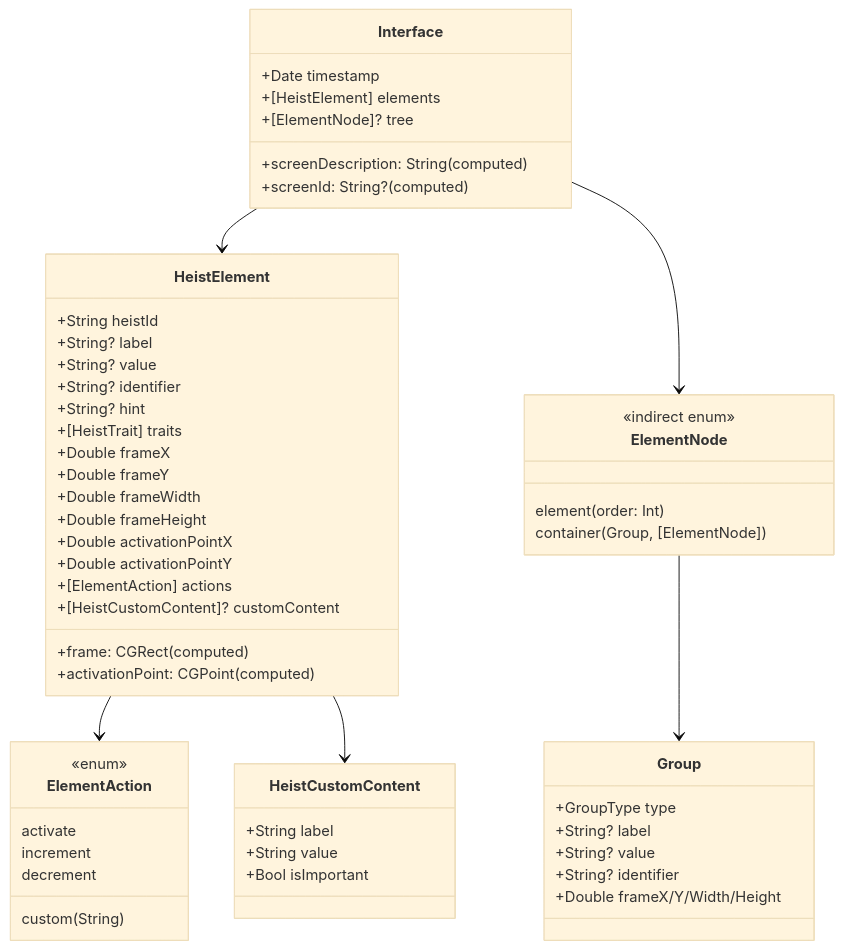
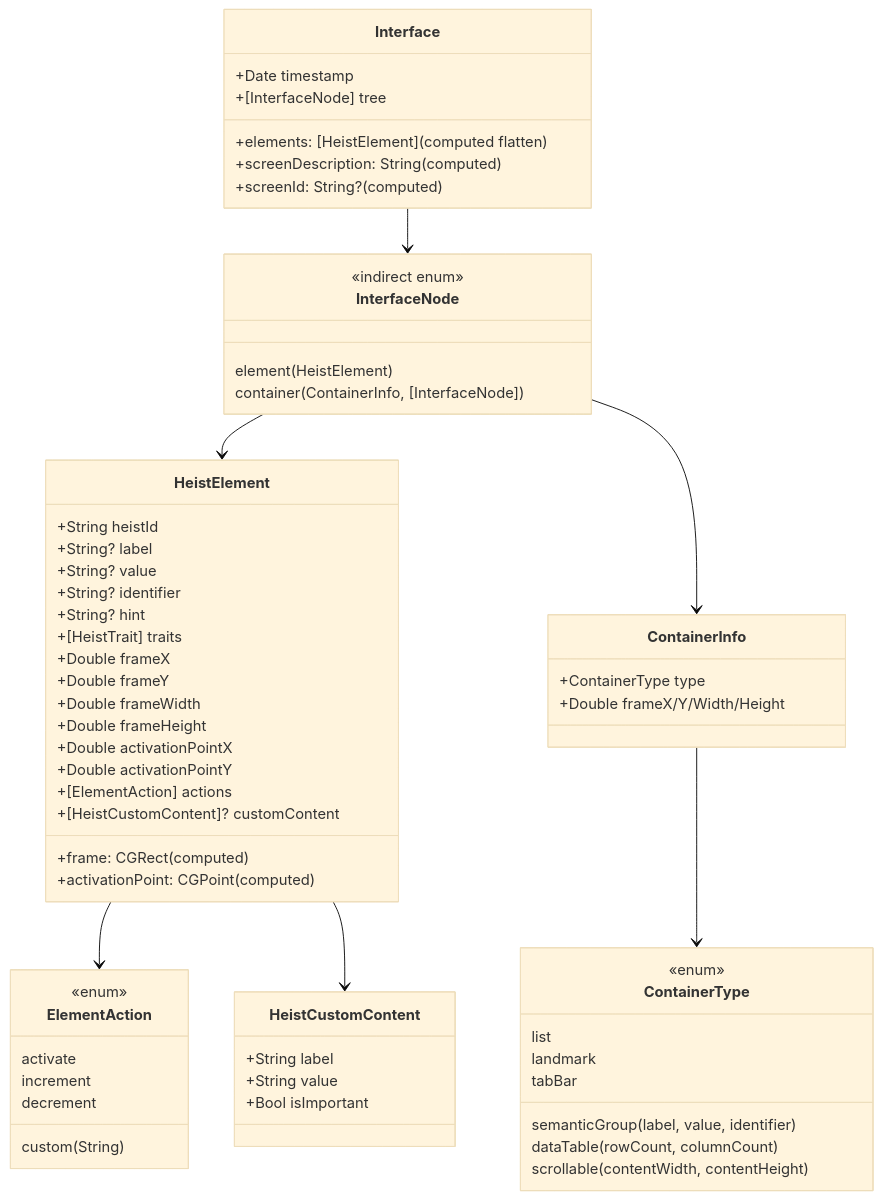
One commit to RoyalPineapple/TheButtonHeist changed the third of 7 diagrams in docs/dossiers/18-THESCORE.md. Above: the diagram before and after it, drawn with Mermaid (base theme). The commit also changed other lines of this file and 13 other files, not shown here.

````diff
--- a/docs/dossiers/18-THESCORE.md
+++ b/docs/dossiers/18-THESCORE.md
@@ -100,63 +100,71 @@
 ```mermaid
 classDiagram
     class Interface {
         +Date timestamp
-        +[HeistElement] elements
-        +[ElementNode]? tree
+        +[InterfaceNode] tree
+        +elements: [HeistElement] (computed flatten)
         +screenDescription: String (computed)
         +screenId: String? (computed)
     }
 
     class HeistElement {
         +String heistId
         +String? label
         +String? value
         +String? identifier
         +String? hint
         +[HeistTrait] traits
         +Double frameX
         +Double frameY
         +Double frameWidth
         +Double frameHeight
         +Double activationPointX
         +Double activationPointY
         +[ElementAction] actions
         +[HeistCustomContent]? customContent
         +frame: CGRect (computed)
         +activationPoint: CGPoint (computed)
     }
 
-    class ElementNode {
+    class InterfaceNode {
         <<indirect enum>>
-        element(order: Int)
-        container(Group, [ElementNode])
+        element(HeistElement)
+        container(ContainerInfo, [InterfaceNode])
     }
 
-    class Group {
-        +GroupType type
-        +String? label
-        +String? value
-        +String? identifier
+    class ContainerInfo {
+        +ContainerType type
         +Double frameX/Y/Width/Height
+    }
+
+    class ContainerType {
+        <<enum>>
+        semanticGroup(label, value, identifier)
+        list
+        landmark
+        dataTable(rowCount, columnCount)
+        tabBar
+        scrollable(contentWidth, contentHeight)
     }
 
     class ElementAction {
         <<enum>>
         activate
         increment
         decrement
         custom(String)
     }
 
     class HeistCustomContent {
         +String label
         +String value
         +Bool isImportant
     }
 
-    Interface --> HeistElement
-    Interface --> ElementNode
-    ElementNode --> Group
+    Interface --> InterfaceNode
+    InterfaceNode --> HeistElement
+    InterfaceNode --> ContainerInfo
+    ContainerInfo --> ContainerType
     HeistElement --> ElementAction
     HeistElement --> HeistCustomContent
 ```
````
